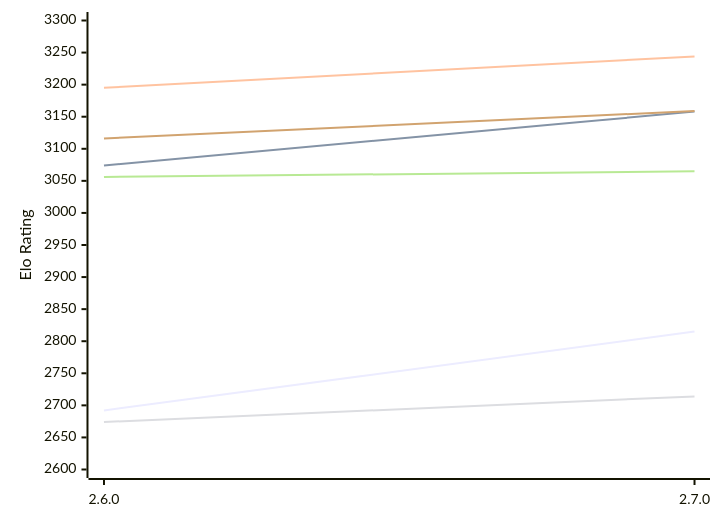
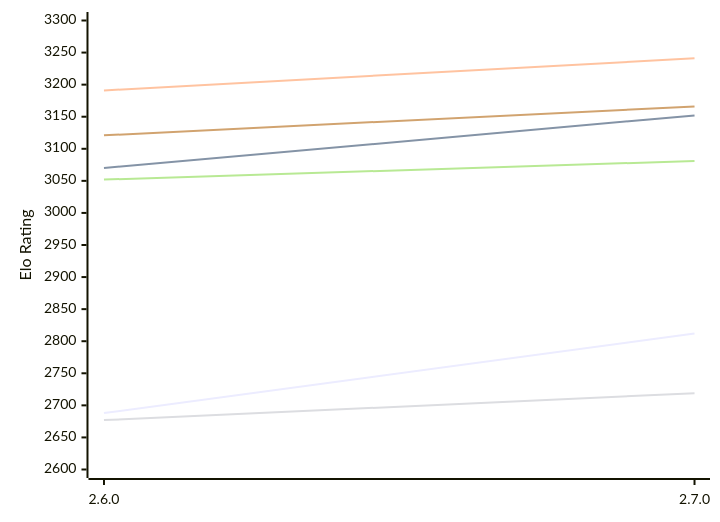
One commit to computer-chess-index/cci changed the first of 2 diagrams in engines/Sturddle2.md. Above: the diagram before and after it, drawn with Mermaid. The commit also changed other lines of this file, not shown here.

Commit message:
Update CCI Ratings (ELO VLTC) - 2026-11-21

````diff
--- a/engines/Sturddle2.md
+++ b/engines/Sturddle2.md
@@ -51,12 +51,12 @@
 ```mermaid
 %%{init: {"theme":"base","themeVariables":{"seriesColors:['#a3a3a3','#222221','#faa371']}}}%%
 xychart-beta
   x-axis ["2.6.0", "2.7.0"]
   y-axis "Elo Rating" 2600 --> 3300
-  line "E1: STC (8.0+0.08s)" [2692, 2815]
-  line "E1: LTC (60.0+0.60s)" [3074, 3158]
-  line "E1: VLTC (2m24s+1.12s)" [3195, 3244]
-  line "P1: STC (8.0+0.08s)" [2674, 2714]
-  line "P1: LTC (60.0+0.60s)" [3056, 3065]
-  line "P1: VLTC (2m24s+1.12s)" [3116, 3159]
+  line "E1: STC (8.0+0.08s)" [2688, 2812]
+  line "E1: LTC (60.0+0.60s)" [3070, 3152]
+  line "E1: VLTC (2m24s+1.12s)" [3191, 3241]
+  line "P1: STC (8.0+0.08s)" [2677, 2719]
+  line "P1: LTC (60.0+0.60s)" [3052, 3081]
+  line "P1: VLTC (2m24s+1.12s)" [3121, 3166]
 ```
````
